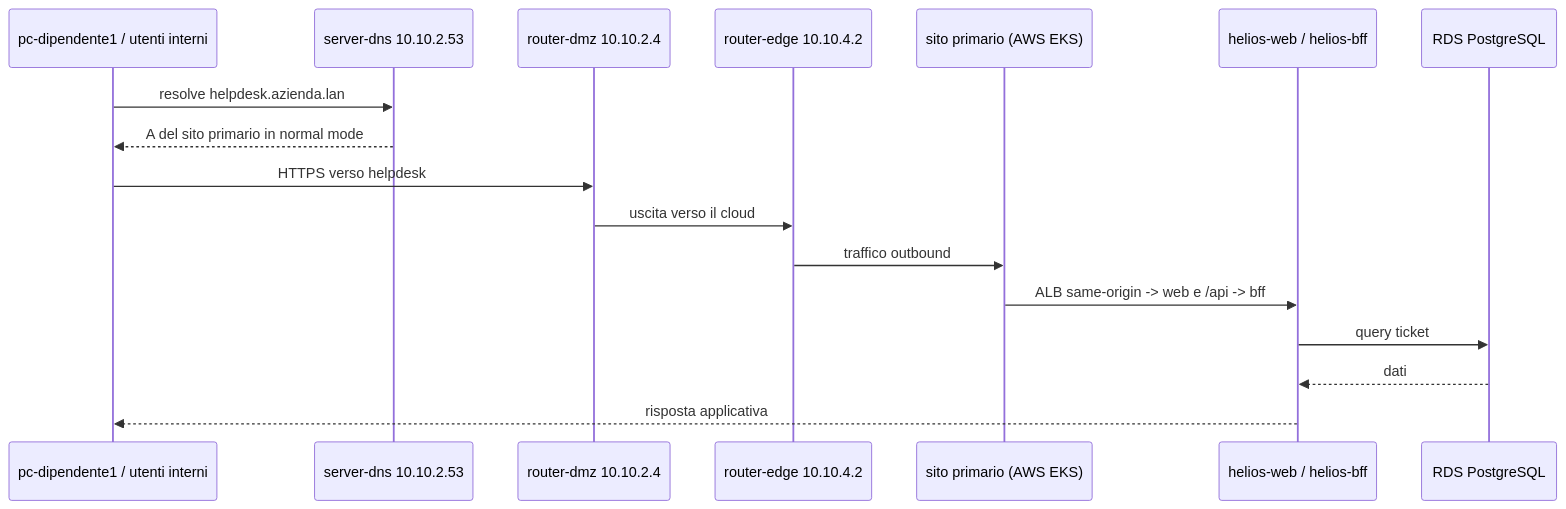
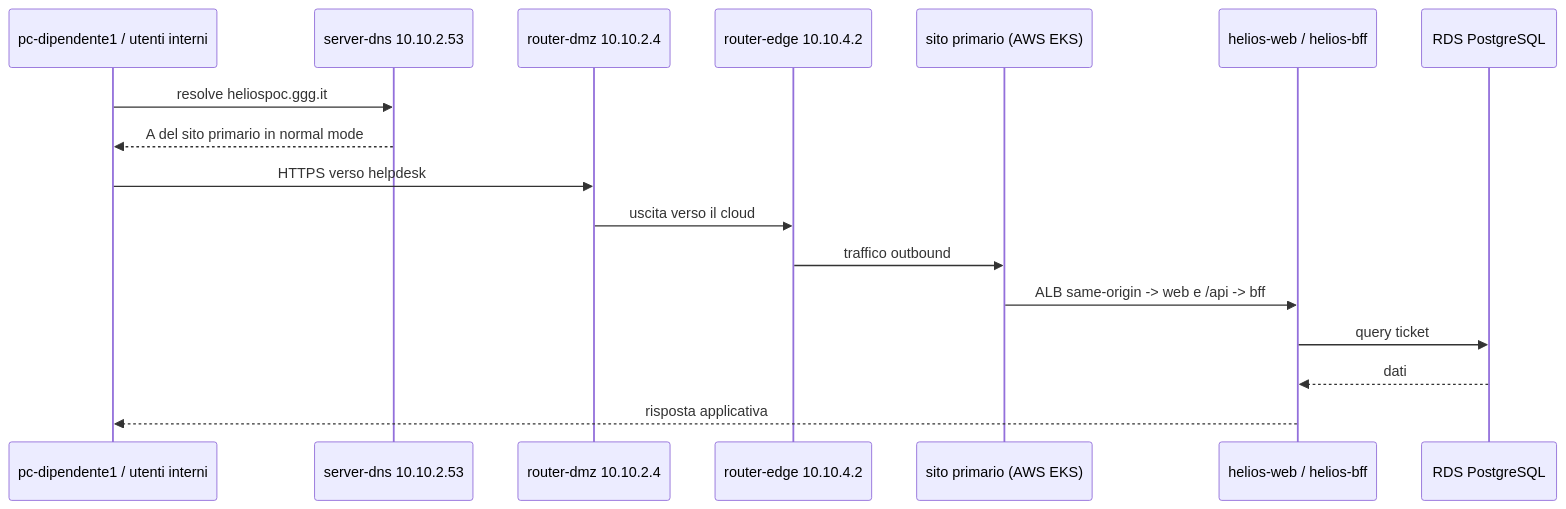
One commit to LucaCatalano23/MultiCloud-strategy---Reverse-DR changed the third of 4 diagrams in automazione/topologia-progetto.md. Above: the diagram before and after it, drawn with Mermaid. The commit also changed other lines of this file and 58 other files, not shown here.

````diff
--- a/automazione/topologia-progetto.md
+++ b/automazione/topologia-progetto.md
@@ -142,20 +142,20 @@
 ```mermaid
 sequenceDiagram
   participant Client as pc-dipendente1 / utenti interni
   participant DNS as server-dns 10.10.2.53
   participant DMZ as router-dmz 10.10.2.4
   participant Edge as router-edge 10.10.4.2
   participant Cloud as sito primario (AWS EKS)
   participant App as helios-web / helios-bff
   participant DB as RDS PostgreSQL
 
-  Client->>DNS: resolve helpdesk.azienda.lan
+  Client->>DNS: resolve heliospoc.ggg.it
   DNS-->>Client: A del sito primario in normal mode
   Client->>DMZ: HTTPS verso helpdesk
   DMZ->>Edge: uscita verso il cloud
   Edge->>Cloud: traffico outbound
   Cloud->>App: ALB same-origin -> web e /api -> bff
   App->>DB: query ticket
   DB-->>App: dati
   App-->>Client: risposta applicativa
 ```
````
